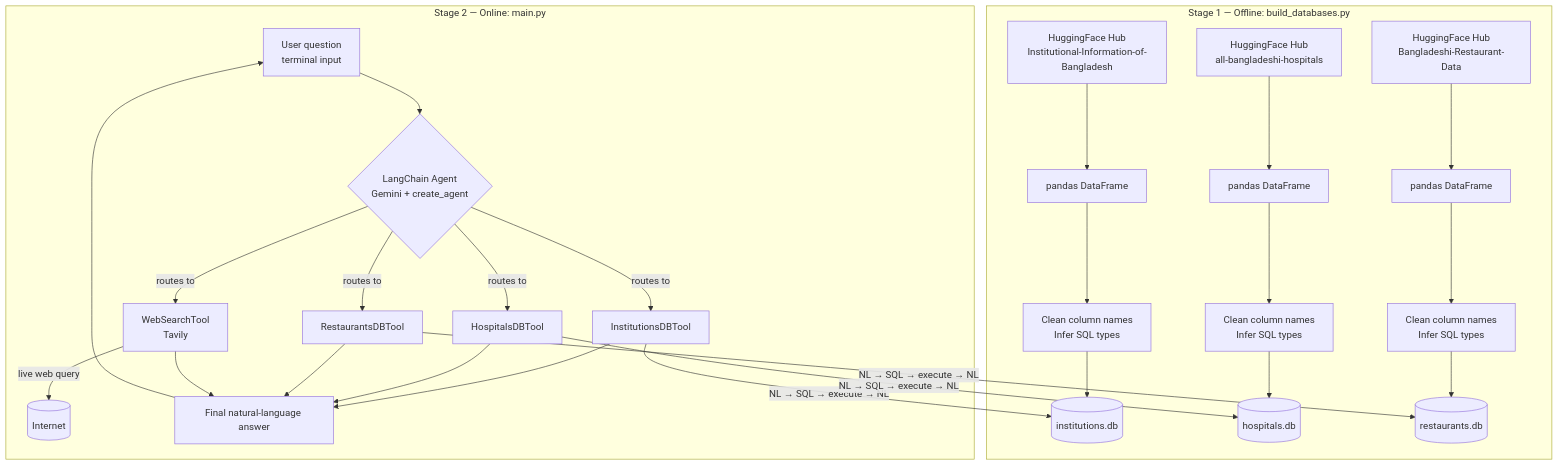
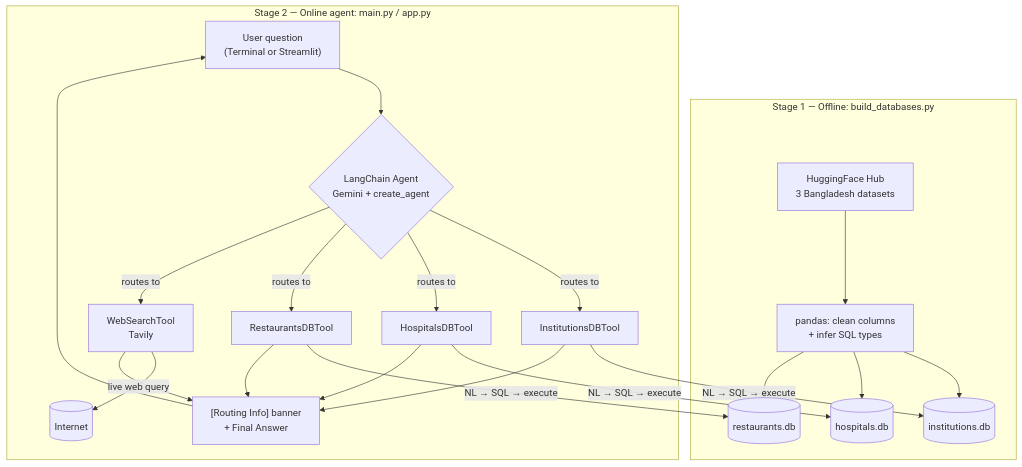
The diagram in README.md (mdshafathossain-tech/bangladesh-multi-tool-ai-agent), drawn with Mermaid before and after one commit. The commit also changed other lines of this file and 1 other file, not shown here.

````diff
--- a/README.md
+++ b/README.md
@@ -38,33 +75,28 @@
 ```mermaid
 flowchart TD
     subgraph Stage1["Stage 1 — Offline: build_databases.py"]
-        A1[HuggingFace Hub<br/>Institutional-Information-of-Bangladesh] --> B1[pandas DataFrame]
-        A2[HuggingFace Hub<br/>all-bangladeshi-hospitals] --> B2[pandas DataFrame]
-        A3[HuggingFace Hub<br/>Bangladeshi-Restaurant-Data] --> B3[pandas DataFrame]
-        B1 --> C1[Clean column names<br/>Infer SQL types]
-        B2 --> C2[Clean column names<br/>Infer SQL types]
-        B3 --> C3[Clean column names<br/>Infer SQL types]
-        C1 --> D1[(institutions.db)]
-        C2 --> D2[(hospitals.db)]
-        C3 --> D3[(restaurants.db)]
+        A1[HuggingFace Hub<br/>3 Bangladesh datasets] --> B1[pandas: clean columns<br/>+ infer SQL types]
+        B1 --> D1[(institutions.db)]
+        B1 --> D2[(hospitals.db)]
+        B1 --> D3[(restaurants.db)]
     end
 
-    subgraph Stage2["Stage 2 — Online: main.py"]
-        U[User question<br/>terminal input] --> AG{LangChain Agent<br/>Gemini + create_agent}
+    subgraph Stage2["Stage 2 — Online agent: main.py / app.py"]
+        U["User question<br/>(Terminal or Streamlit)"] --> AG{"LangChain Agent<br/>Gemini + create_agent"}
         AG -->|routes to| T1[InstitutionsDBTool]
         AG -->|routes to| T2[HospitalsDBTool]
         AG -->|routes to| T3[RestaurantsDBTool]
         AG -->|routes to| T4[WebSearchTool<br/>Tavily]
 
-        T1 -->|NL → SQL → execute → NL| D1
-        T2 -->|NL → SQL → execute → NL| D2
-        T3 -->|NL → SQL → execute → NL| D3
+        T1 -->|NL → SQL → execute| D1
+        T2 -->|NL → SQL → execute| D2
+        T3 -->|NL → SQL → execute| D3
         T4 -->|live web query| WEB[(Internet)]
 
-        T1 --> ANS[Final natural-language answer]
-        T2 --> ANS
-        T3 --> ANS
-        T4 --> ANS
-        ANS --> U
+        T1 --> R["[Routing Info] banner<br/>+ Final Answer"]
+        T2 --> R
+        T3 --> R
+        T4 --> R
+        R --> U
     end
 ```
````
